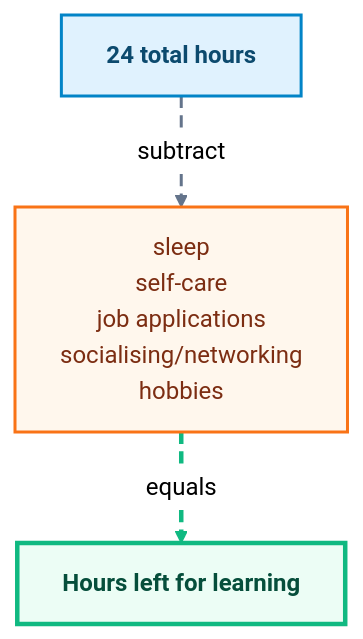
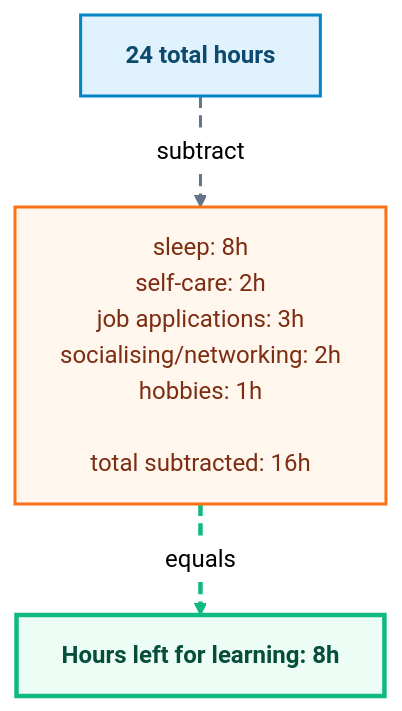
One commit to MarzukhAsjad/marzukhasjad.github.io changed the first of 2 diagrams in src/content/blog4.md. Above: the diagram before and after it, drawn with Mermaid (neutral theme). The commit also changed other lines of this file and 3 other files, not shown here.

````diff
--- a/src/content/blog4.md
+++ b/src/content/blog4.md
@@ -27,16 +41,16 @@
 ```mermaid
 flowchart TD
-  B[24 total hours] -. subtract .-> C[sleep<br/>self-care<br/>job applications<br/>socialising/networking<br/>hobbies]
-  C -. equals .-> H[Hours left for learning]
+  B[24 total hours] -. subtract .-> C[sleep: 8h<br/>self-care: 2h<br/>job applications: 3h<br/>socialising/networking: 2h<br/>hobbies: 1h<br/><br/>total subtracted: 16h]
+  C -. equals .-> H[Hours left for learning: 8h]
 
   classDef start fill:#e0f2fe,stroke:#0284c7,color:#0c4a6e,stroke-width:2px,font-weight:bold;
   classDef subtract fill:#fff7ed,stroke:#f97316,color:#7c2d12,stroke-width:2px;
   classDef result fill:#ecfdf5,stroke:#10b981,color:#064e3b,stroke-width:3px,font-weight:bold;
 
   class B start;
   class C subtract;
   class H result;
 
   linkStyle 0 stroke:#64748b,stroke-width:2px,stroke-dasharray:8 5;
   linkStyle 1 stroke:#10b981,stroke-width:3px,stroke-dasharray:8 5;
 ```
````
